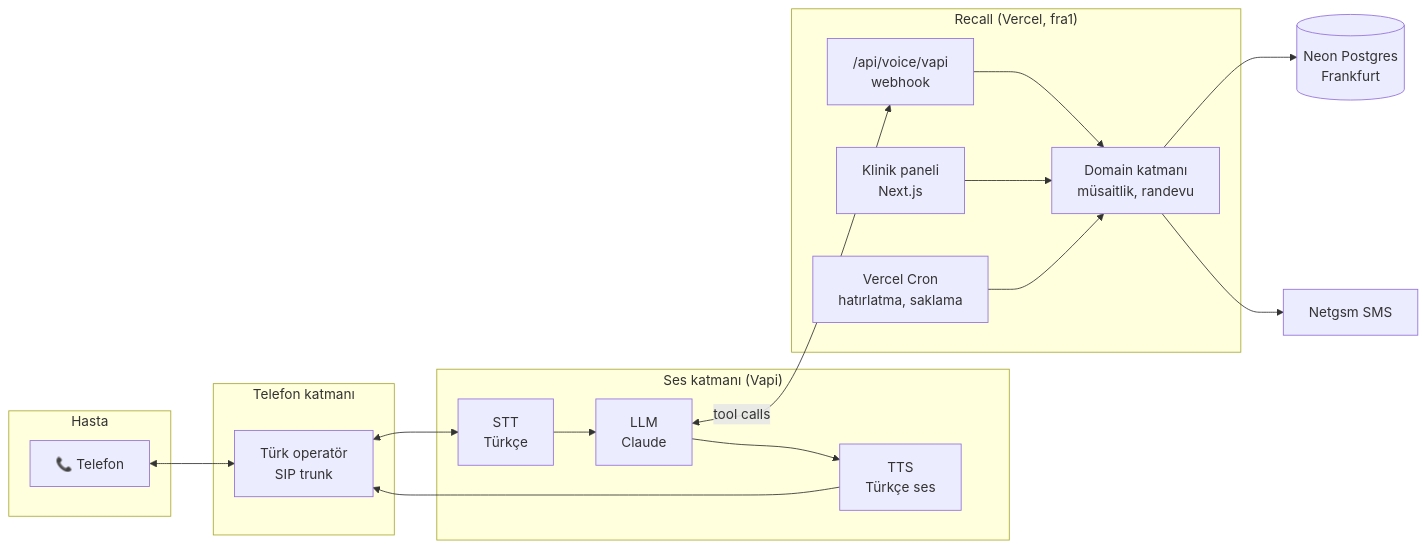
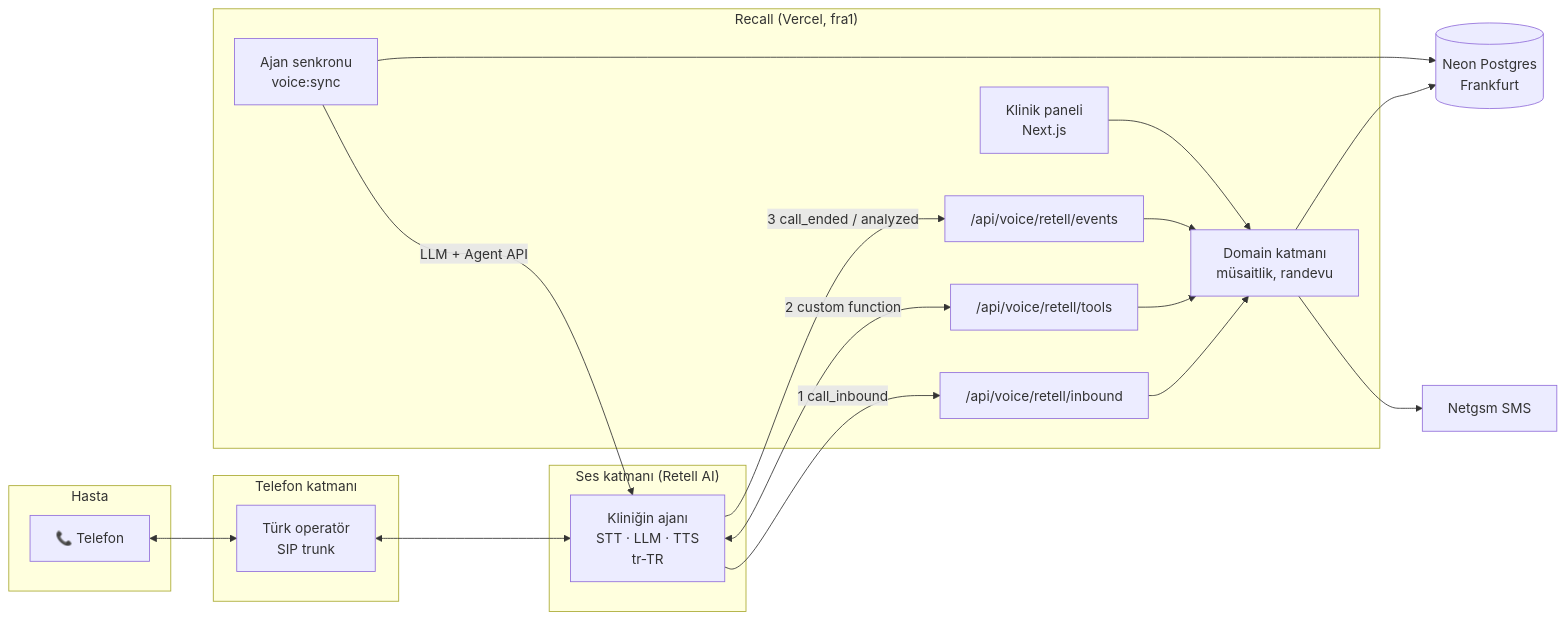
Before and after one commit to Recallapp1/recall: the diagram in docs/01-architecture/ARCHITECTURE.md, drawn with Mermaid. The commit also changed other lines of this file and 30 other files, not shown here.

````diff
--- a/docs/01-architecture/ARCHITECTURE.md
+++ b/docs/01-architecture/ARCHITECTURE.md
@@ -5,30 +5,32 @@
 ```mermaid
 flowchart LR
     subgraph Hasta
         P[📞 Telefon]
     end
     subgraph Telefon["Telefon katmanı"]
         OP[Türk operatör<br/>SIP trunk]
     end
-    subgraph Voice["Ses katmanı (Vapi)"]
-        STT[STT<br/>Türkçe]
-        LLM[LLM<br/>Claude]
-        TTS[TTS<br/>Türkçe ses]
+    subgraph Voice["Ses katmanı (Retell AI)"]
+        AG[Kliniğin ajanı<br/>STT · LLM · TTS<br/>tr-TR]
     end
     subgraph Vercel["Recall (Vercel, fra1)"]
-        WH["/api/voice/vapi<br/>webhook"]
+        IN["/api/voice/retell/inbound"]
+        TL["/api/voice/retell/tools"]
+        EV["/api/voice/retell/events"]
         PANEL[Klinik paneli<br/>Next.js]
-        CRON[Vercel Cron<br/>hatırlatma, saklama]
+        SYNC[Ajan senkronu<br/>voice:sync]
         DOM[Domain katmanı<br/>müsaitlik, randevu]
     end
     DB[(Neon Postgres<br/>Frankfurt)]
     SMS[Netgsm SMS]
 
-    P <--> OP <--> STT
-    STT --> LLM --> TTS --> OP
-    LLM <-->|tool calls| WH
-    WH --> DOM --> DB
+    P <--> OP <--> AG
+    AG -->|1 call_inbound| IN
+    AG <-->|2 custom function| TL
+    AG -->|3 call_ended / analyzed| EV
+    IN & TL & EV --> DOM --> DB
     PANEL --> DOM
-    CRON --> DOM
+    SYNC -->|LLM + Agent API| AG
+    SYNC --> DB
     DOM --> SMS
 ```
````
